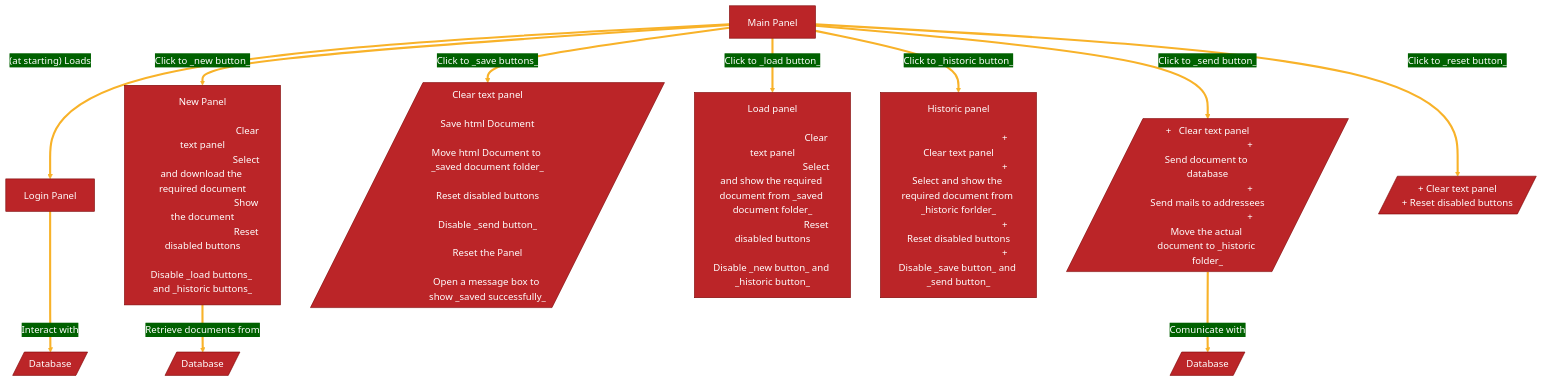
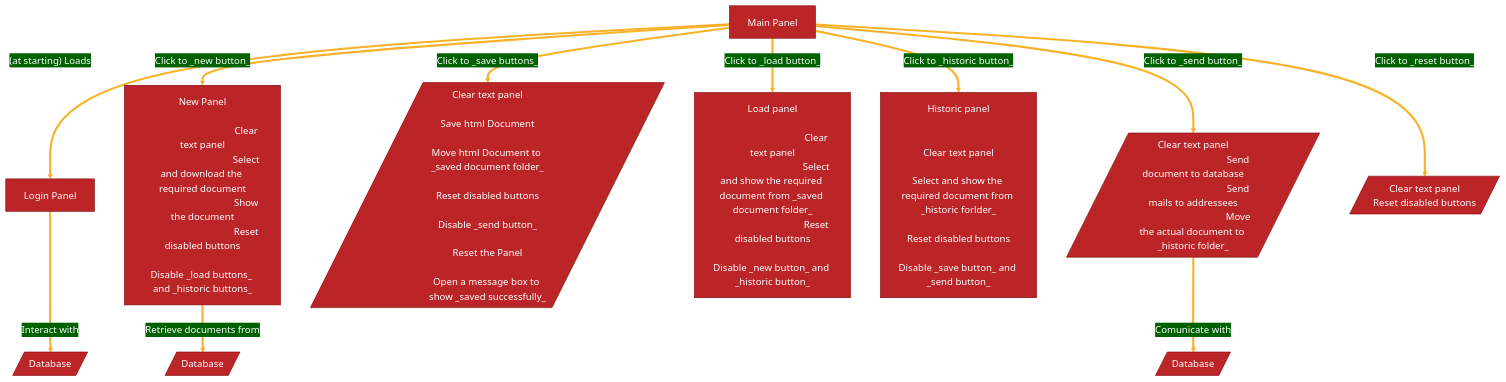
One commit to R0mb0/FPDF changed the diagram in Project_Properties/Flow_Chart.md. Above: the diagram before and after it, drawn with Mermaid.

Commit message:
Minor fix

````diff
--- a/Project_Properties/Flow_Chart.md
+++ b/Project_Properties/Flow_Chart.md
@@ -3,52 +3,52 @@
 ```mermaid
 %%{
   init: {
     'theme': 'base',
     'themeVariables': {
       'primaryColor': '#BB2528',
       'primaryTextColor': '#fff',
       'primaryBorderColor': '#7C0000',
       'lineColor': '#F8B229',
       'secondaryColor': '#006100',
       'tertiaryColor': '#fff'
     }
   }
 }%%
 graph TD;
   A[Login Panel] == Interact with ==> B[/Database/]
   C[Main Panel] == (at starting) Loads ==> A
   C == Click to _new button_ ==> D[New Panel
-
-                                     Clear text panel
+  
+                                    Clear text panel
                                     Select and download the required document
                                     Show the document
                                     Reset disabled buttons
                                     Disable _load buttons_ and _historic buttons_]
   D == Retrieve documents from ==> E[/Database/]
   C == Click to _save buttons_ ==> F[/ Clear text panel
                                        Save html Document
                                        Move html Document to _saved document folder_
                                        Reset disabled buttons
                                        Disable _send button_
                                        Reset the Panel
                                        Open a message box to show _saved successfully_/]
   C == Click to _load button_ ==> G[Load panel
 
                                     Clear text panel
                                     Select and show the required document from _saved document folder_
                                     Reset disabled buttons
                                     Disable _new button_ and _historic button_]
   C == Click to _historic button_ ==> H[Historic panel
 
-                                        +   Clear text panel
-                                        +   Select and show the required document from _historic forlder_
-                                        +   Reset disabled buttons
-                                        +   Disable _save button_ and _send button_]
- C == Click to _send button_ ==> I[/ +   Clear text panel
-                                     +   Send document to database
-                                     +   Send mails to addressees
-                                     +   Move the actual document to _historic folder_/]
+                                        Clear text panel
+                                        Select and show the required document from _historic forlder_
+                                        Reset disabled buttons
+                                        Disable _save button_ and _send button_]
+ C == Click to _send button_ ==> I[/ Clear text panel
+                                     Send document to database
+                                     Send mails to addressees
+                                     Move the actual document to _historic folder_/]
  I == Comunicate with ==> J[/Database/]
- C == Click to _reset button_ ==> K[/ +   Clear text panel
-                                      +   Reset disabled buttons/]
+ C == Click to _reset button_ ==> K[/ Clear text panel
+                                      Reset disabled buttons/]
 ```
````
